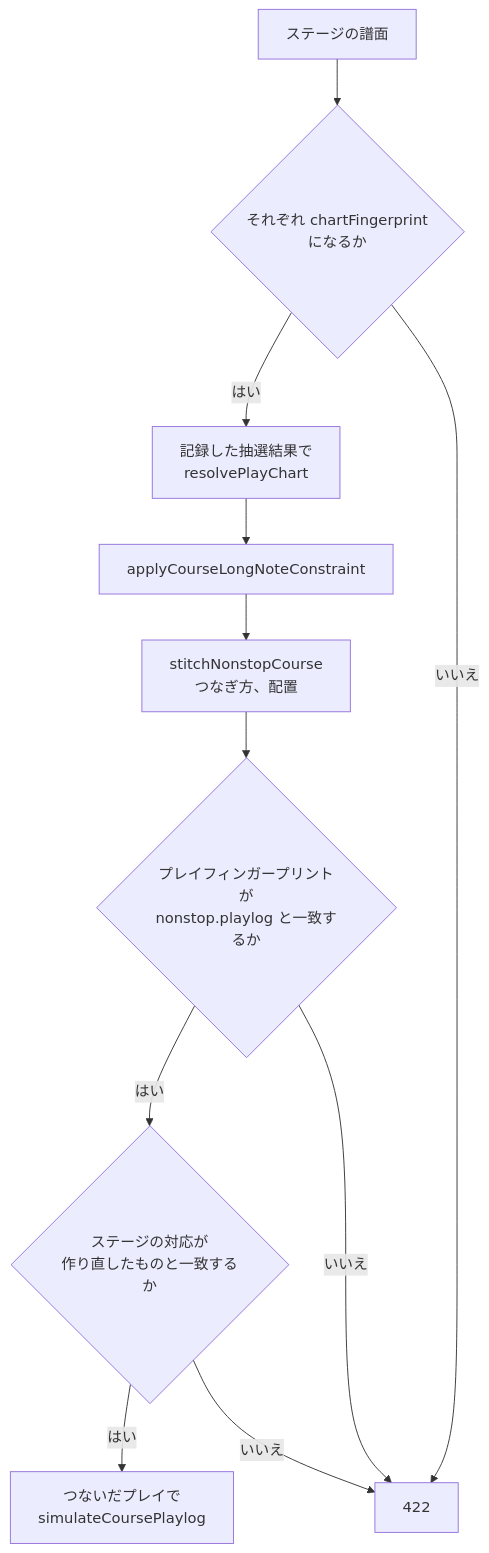
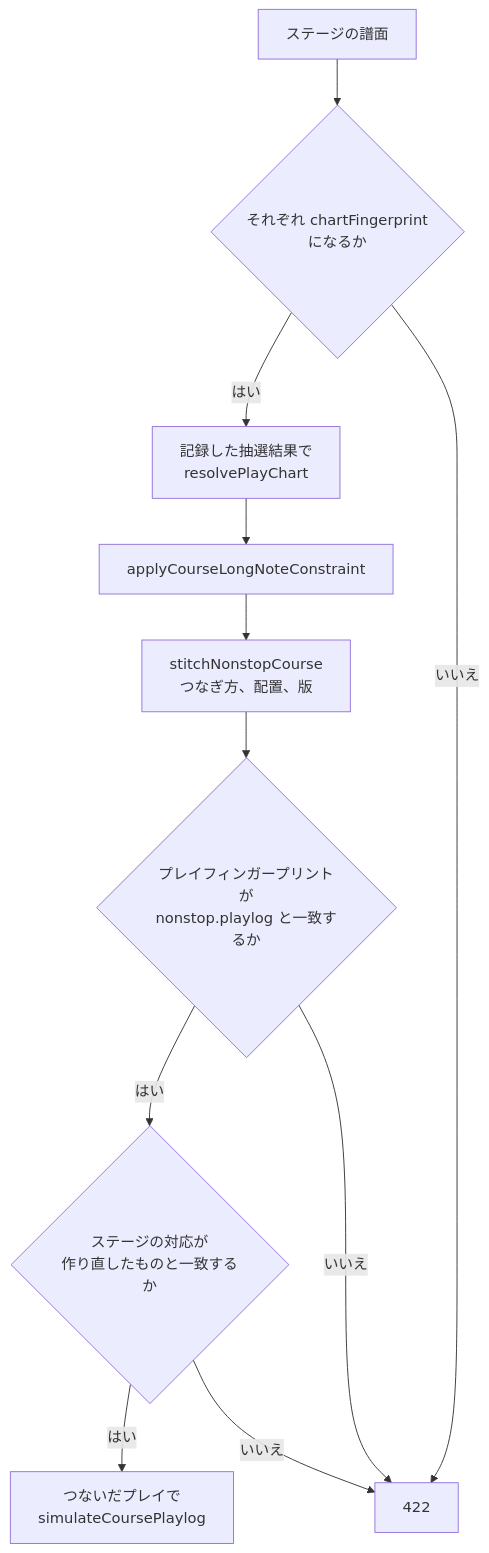
Before and after one commit to nulltask/be-music: the third of 3 diagrams in docs/leaderboard.ja.md, drawn with Mermaid. The commit also changed other lines of this file and 14 other files, not shown here.

Commit message:
feat(player): record the NONSTOP stitching rule version in course play logs

````diff
--- a/docs/leaderboard.ja.md
+++ b/docs/leaderboard.ja.md
@@ -342,13 +343,13 @@
 ```mermaid
 flowchart TD
   charts["ステージの譜面"] --> fp{"それぞれ chartFingerprint<br/>になるか"}
   fp -->|はい| resolve["記録した抽選結果で<br/>resolvePlayChart"]
   resolve --> ln["applyCourseLongNoteConstraint"]
-  ln --> stitch["stitchNonstopCourse<br/>つなぎ方、配置"]
+  ln --> stitch["stitchNonstopCourse<br/>つなぎ方、配置、版"]
   stitch --> same{"プレイフィンガープリントが<br/>nonstop.playlog と一致するか"}
   same -->|はい| map{"ステージの対応が<br/>作り直したものと一致するか"}
   map -->|はい| sim["つないだプレイで<br/>simulateCoursePlaylog"]
   fp -->|いいえ| refuse["422"]
   same -->|いいえ| refuse
   map -->|いいえ| refuse
 ```
````
